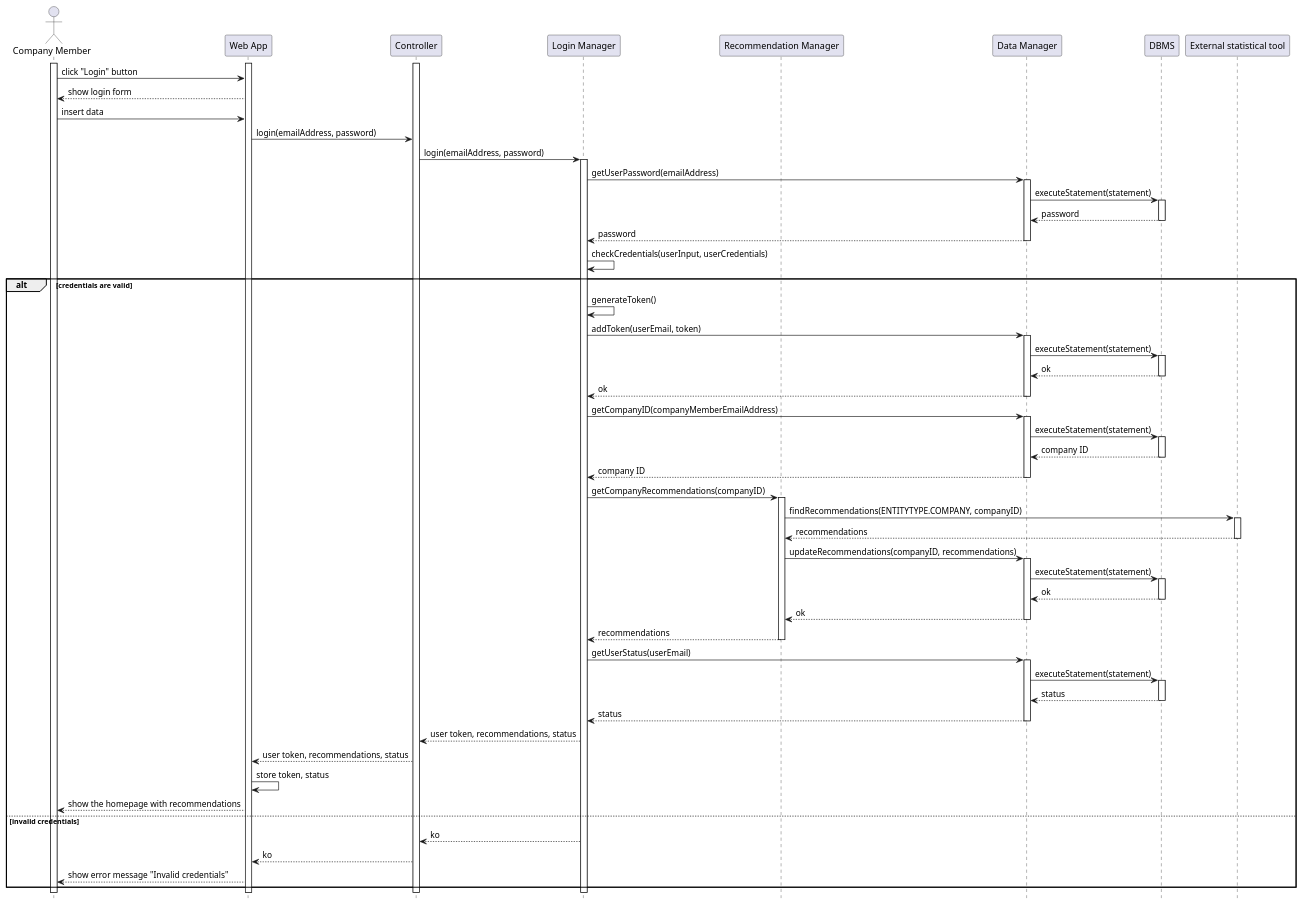
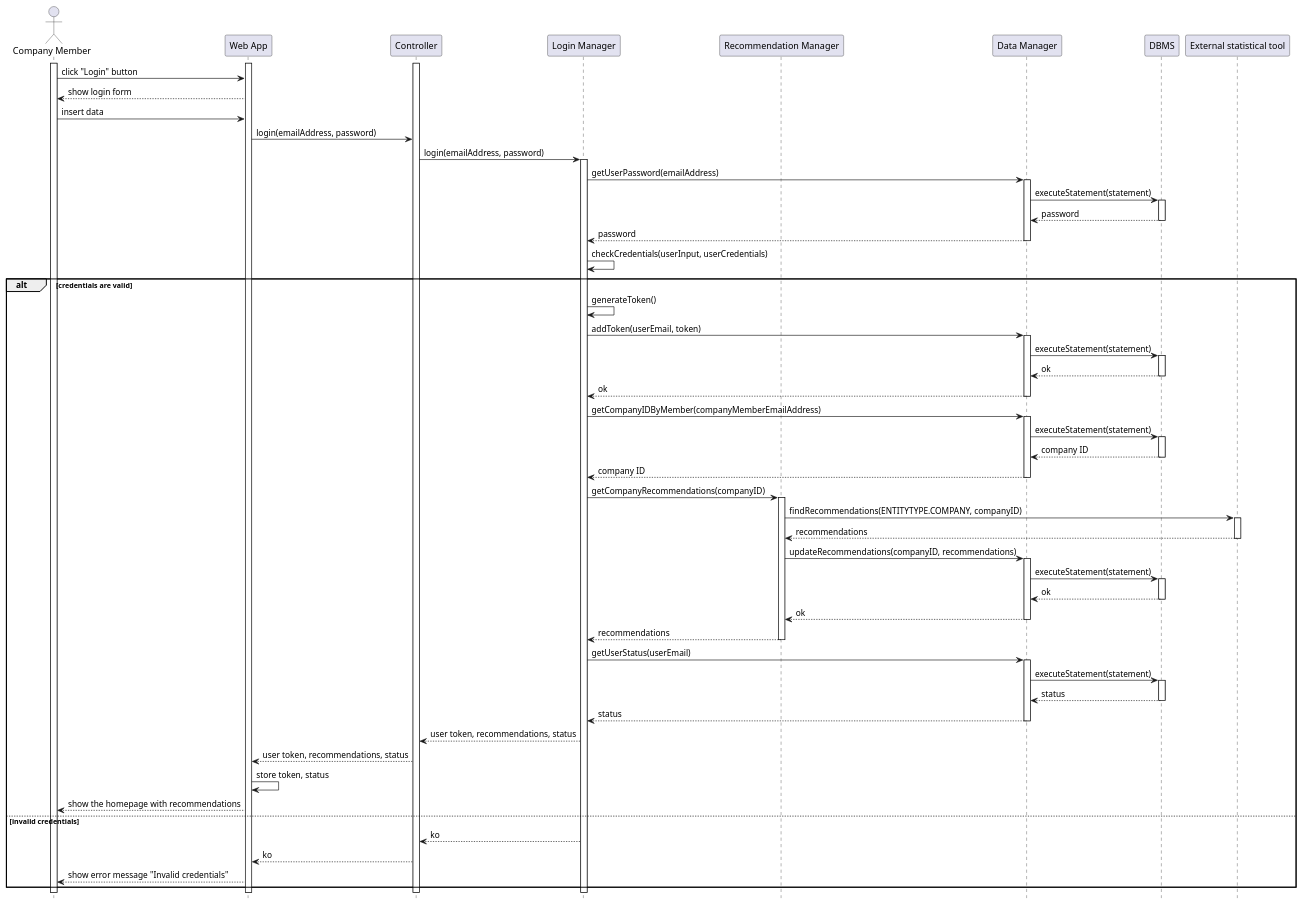
The diagram in DD/Architectural_design/uml_diagrams/RV6_diagram.puml (matti8702/R_and_DD_project_SE2), drawn with PlantUML before and after one commit. The commit also changed 6 other files, not shown here.

Commit message:
fix: fix RV6, RV22 and RV29 diagrams functions

```diff
--- a/DD/Architectural_design/uml_diagrams/RV6_diagram.puml
+++ b/DD/Architectural_design/uml_diagrams/RV6_diagram.puml
@@ -1,88 +1,88 @@
 @startuml RV6_diagram
 hide footbox
 
 actor "Company Member" as CM
 participant "Web App" as W
 participant "Controller" as C
 participant "Login Manager" as L
 participant "Recommendation Manager" as RE
 participant "Data Manager" as DM
 participant "DBMS" as RD
 participant "External statistical tool" AS EXT
 
 activate CM
 activate W
 activate C
 CM -> W: click "Login" button
 W --> CM: show login form
 CM -> W: insert data
 W -> C: login(emailAddress, password)
 C -> L: login(emailAddress, password)
 activate L
 L -> DM: getUserPassword(emailAddress)
 activate DM
 DM -> RD: executeStatement(statement)
 activate RD
 RD --> DM: password
 deactivate RD
 DM --> L: password
 deactivate DM
 L -> L: checkCredentials(userInput, userCredentials)
 
 alt credentials are valid
     L -> L: generateToken()
     L -> DM: addToken(userEmail, token)
     activate DM
     DM -> RD: executeStatement(statement)
     activate RD
     RD --> DM: ok
     deactivate RD
     DM --> L: ok
     deactivate DM
 
-    L -> DM: getCompanyID(companyMemberEmailAddress)
+    L -> DM: getCompanyIDByMember(companyMemberEmailAddress)
     activate DM
     DM -> RD: executeStatement(statement)
     activate RD
     RD --> DM: company ID
     deactivate RD
     DM --> L: company ID
     deactivate DM
 
     L -> RE: getCompanyRecommendations(companyID)
     activate RE
     RE -> EXT: findRecommendations(ENTITYTYPE.COMPANY, companyID)
     activate EXT
     EXT --> RE: recommendations
     deactivate EXT
     RE -> DM: updateRecommendations(companyID, recommendations)
     activate DM
     DM -> RD: executeStatement(statement)
     activate RD
     RD --> DM: ok
     deactivate RD
     DM --> RE: ok
     deactivate DM
     RE --> L: recommendations
     deactivate RE
 
     L -> DM: getUserStatus(userEmail)
     activate DM
     DM -> RD: executeStatement(statement)
     activate RD
     RD --> DM: status
     deactivate RD
     DM --> L: status
     deactivate DM
 
     L --> C: user token, recommendations, status
     C --> W: user token, recommendations, status
     W -> W: store token, status
     W --> CM: show the homepage with recommendations
 else invalid credentials
     L --> C: ko
     C --> W: ko
     W --> CM: show error message "Invalid credentials"
 end
 
 @enduml
```
